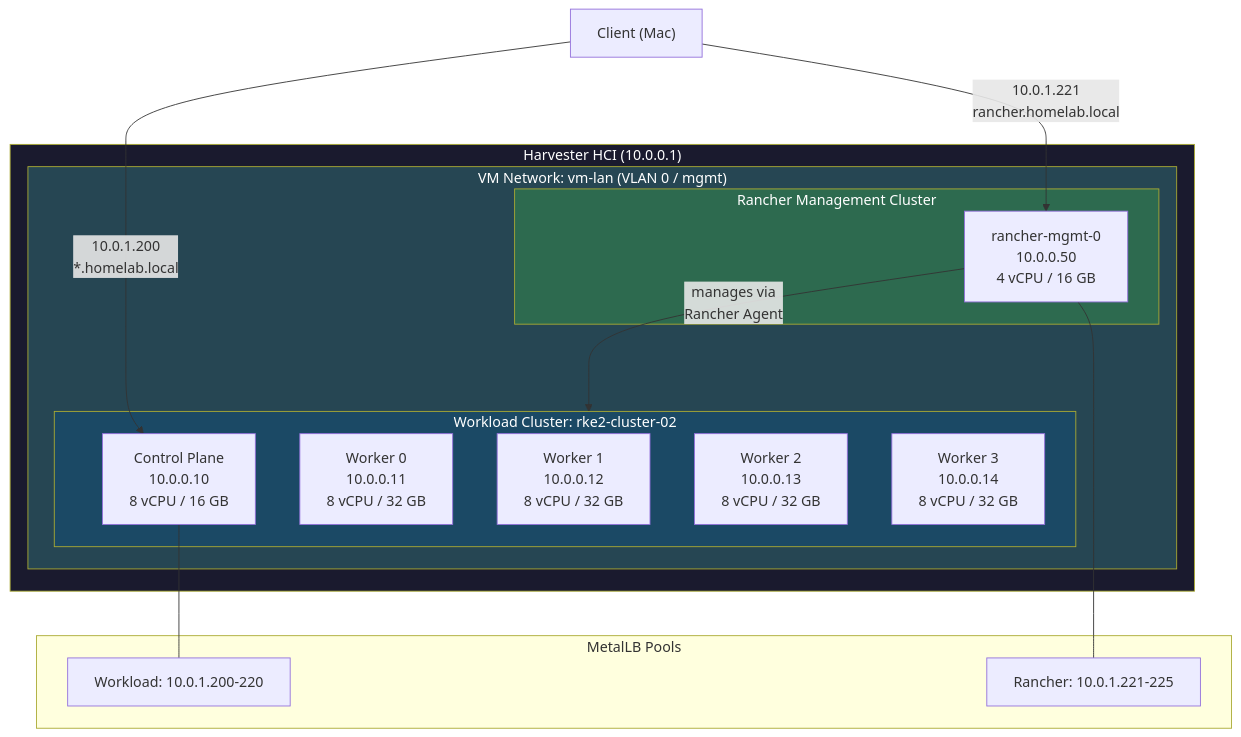
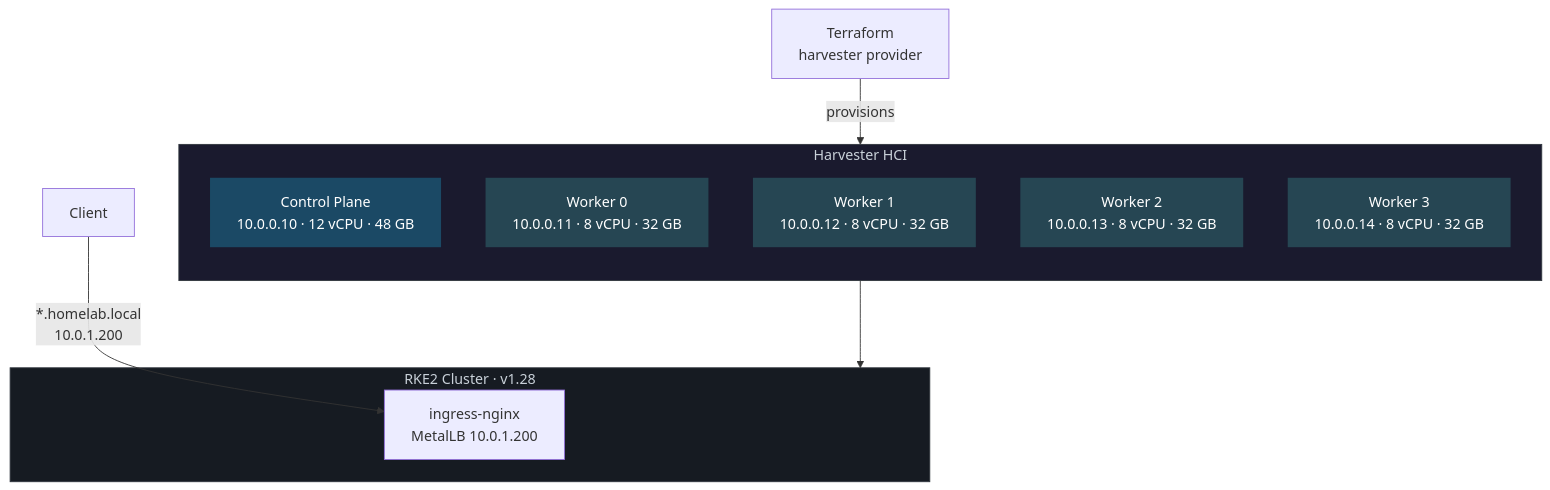
Before and after one commit to kratos81/production-homelab: the first of 6 diagrams in README.md, drawn with Mermaid. The commit also changed other lines of this file, not shown here.

Commit message:
Redesign architecture diagrams — cleaner, fewer, focused

````diff
--- a/README.md
+++ b/README.md
@@ -170,36 +170,29 @@
 ```mermaid
 graph TB
-    subgraph Harvester["Harvester HCI (10.0.0.1)"]
-        subgraph Network["VM Network: vm-lan (VLAN 0 / mgmt)"]
-            subgraph Rancher["Rancher Management Cluster"]
-                RM0["rancher-mgmt-0<br/>10.0.0.50<br/>4 vCPU / 16 GB"]
-            end
-
-            subgraph Cluster02["Workload Cluster: rke2-cluster-02"]
-                CP0["Control Plane<br/>10.0.0.10<br/>8 vCPU / 16 GB"]
-                W0["Worker 0<br/>10.0.0.11<br/>8 vCPU / 32 GB"]
-                W1["Worker 1<br/>10.0.0.12<br/>8 vCPU / 32 GB"]
-                W2["Worker 2<br/>10.0.0.13<br/>8 vCPU / 32 GB"]
-                W3["Worker 3<br/>10.0.0.14<br/>8 vCPU / 32 GB"]
-            end
-        end
+    subgraph Hypervisor["Harvester HCI"]
+        direction TB
+        CP["Control Plane<br/>10.0.0.10 · 12 vCPU · 48 GB"]
+        W0["Worker 0<br/>10.0.0.11 · 8 vCPU · 32 GB"]
+        W1["Worker 1<br/>10.0.0.12 · 8 vCPU · 32 GB"]
+        W2["Worker 2<br/>10.0.0.13 · 8 vCPU · 32 GB"]
+        W3["Worker 3<br/>10.0.0.14 · 8 vCPU · 32 GB"]
     end
 
-    RM0 -->|"manages via<br/>Rancher Agent"| Cluster02
+    Terraform["Terraform<br/>harvester provider"]
+    Client["Client"] -->|"*.homelab.local<br/>10.0.1.200"| Ingress
+    Terraform -->|"provisions"| Hypervisor
 
-    Client["Client (Mac)"] -->|"10.0.1.221<br/>rancher.homelab.local"| RM0
-    Client -->|"10.0.1.200<br/>*.homelab.local"| CP0
-
-    subgraph LB["MetalLB Pools"]
-        Pool1["Workload: 10.0.1.200-220"]
-        Pool2["Rancher: 10.0.1.221-225"]
+    subgraph K8s["RKE2 Cluster · v1.28"]
+        Ingress["ingress-nginx<br/>MetalLB 10.0.1.200"]
     end
 
-    CP0 --- Pool1
-    RM0 --- Pool2
+    Hypervisor --> K8s
 
-    style Harvester fill:#1a1a2e,color:#fff
-    style Rancher fill:#2d6a4f,color:#fff
-    style Cluster02 fill:#1b4965,color:#fff
-    style Network fill:#264653,color:#fff
+    style Hypervisor fill:#1a1a2e,color:#c9d1d9,stroke:#30363d
+    style K8s fill:#161b22,color:#c9d1d9,stroke:#30363d
+    style CP fill:#1b4965,color:#fff,stroke:none
+    style W0 fill:#264653,color:#fff,stroke:none
+    style W1 fill:#264653,color:#fff,stroke:none
+    style W2 fill:#264653,color:#fff,stroke:none
+    style W3 fill:#264653,color:#fff,stroke:none
 ```
````
